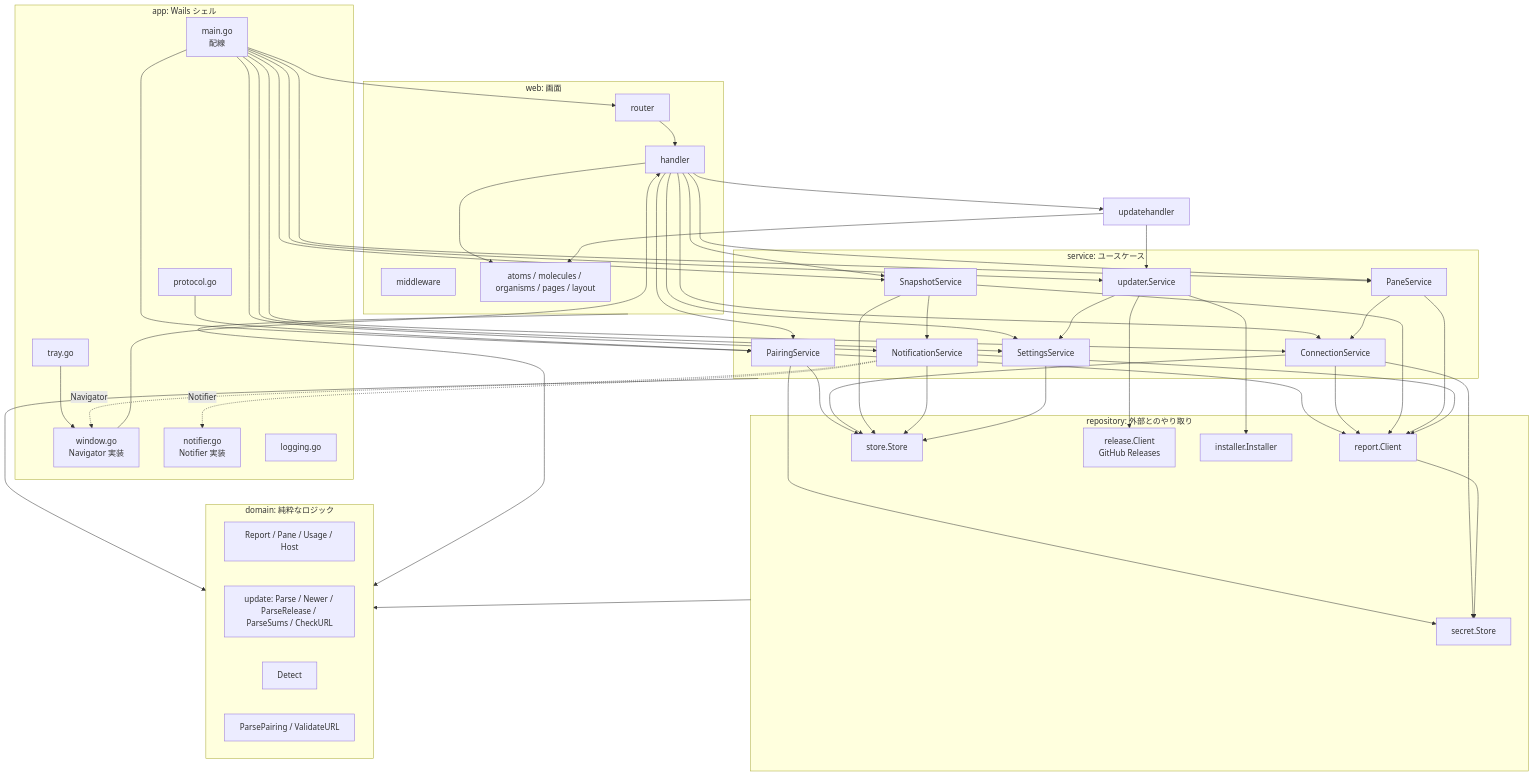
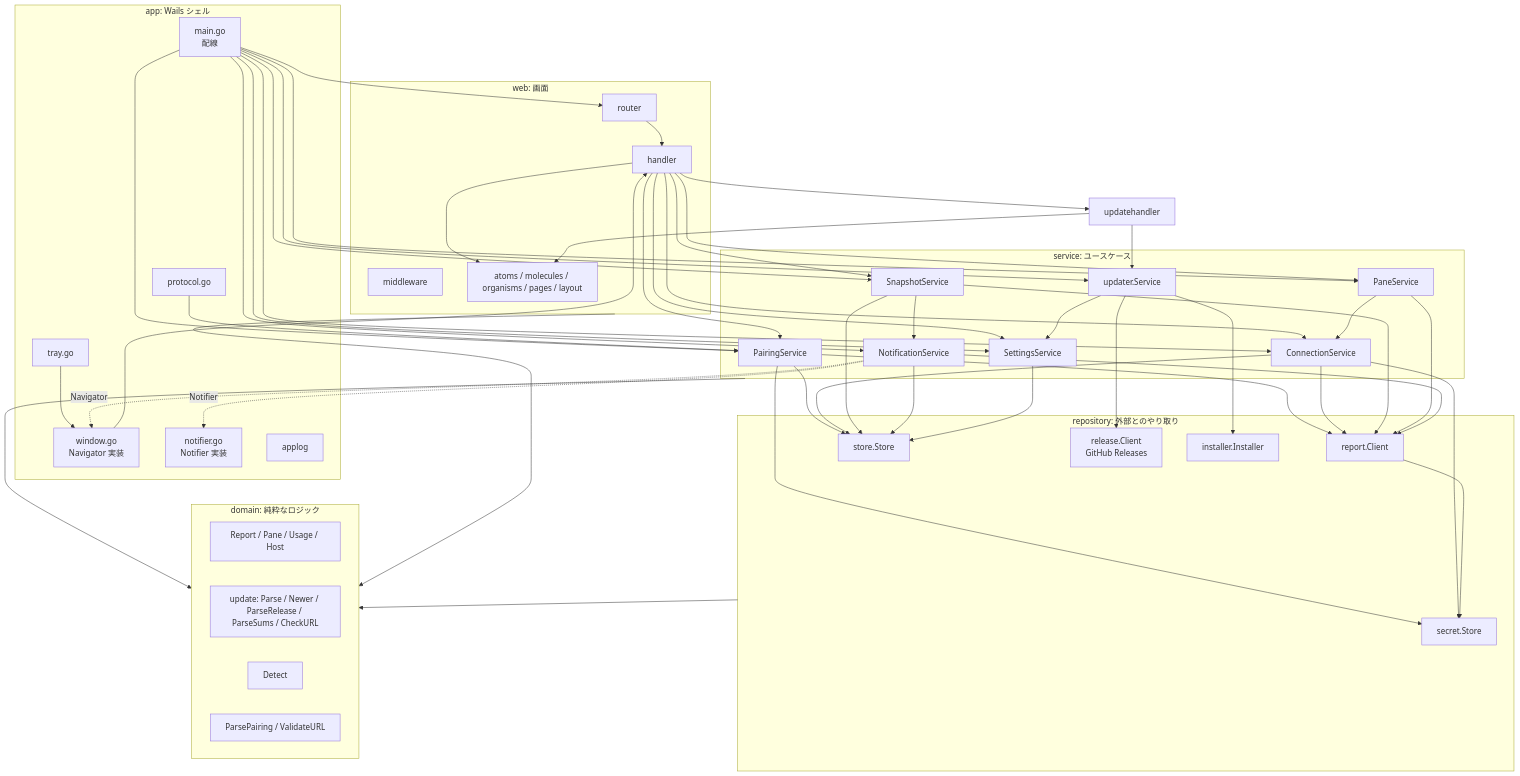
The diagram in docs/components/overview.md (ousiassllc/swarm-viewer), drawn with Mermaid before and after one commit. The commit also changed other lines of this file and 6 other files, not shown here.

````diff
--- a/docs/components/overview.md
+++ b/docs/components/overview.md
@@ -30,63 +30,63 @@
 ```mermaid
 graph TD
     subgraph app[app: Wails シェル]
         Main[main.go<br/>配線]
         Window[window.go<br/>Navigator 実装]
         Tray[tray.go]
         Proto[protocol.go]
         NotifierImpl[notifier.go<br/>Notifier 実装]
-        Logging[logging.go]
+        Logging[applog]
     end
     subgraph web[web: 画面]
         Router[router]
         Handler[handler]
         MW[middleware]
         Tpl[atoms / molecules / organisms / pages / layout]
     end
     subgraph service[service: ユースケース]
         Pairing[PairingService]
         Conn[ConnectionService]
         Snap[SnapshotService]
         Notif[NotificationService]
         Settings[SettingsService]
         PaneSvc[PaneService]
         Updater[updater.Service]
     end
     subgraph repo[repository: 外部とのやり取り]
         ReportC[report.Client]
         Store[store.Store]
         Secret[secret.Store]
         Release[release.Client<br/>GitHub Releases]
         Installer[installer.Installer]
     end
     subgraph dom[domain: 純粋なロジック]
         Model[Report / Pane / Usage / Host]
         UpdateDom[update: Parse / Newer / ParseRelease / ParseSums / CheckURL]
         Detect[Detect]
         Validate[ParsePairing / ValidateURL]
     end
 
     Main --> Router
     Main --> Pairing & Conn & Snap & Notif & Settings & PaneSvc
     Main --> Updater
     Router --> Handler --> Tpl
     Handler --> Pairing & Conn & Snap & Settings & PaneSvc
     Handler --> UpdateH[updatehandler] --> Updater
     UpdateH --> Tpl
     Proto --> Pairing
     Tray --> Window
     Window --> Handler
     Pairing --> ReportC & Store & Secret
     Conn --> ReportC & Store & Secret
     Snap --> ReportC & Store & Notif
     PaneSvc --> ReportC & Conn
     Notif --> ReportC & Store
     Notif -.Notifier.-> NotifierImpl
     Notif -.Navigator.-> Window
     Settings --> Store
     Updater --> Release & Installer & Settings
     ReportC --> Secret
     service --> dom
     repo --> dom
     web --> dom
 ```
````
